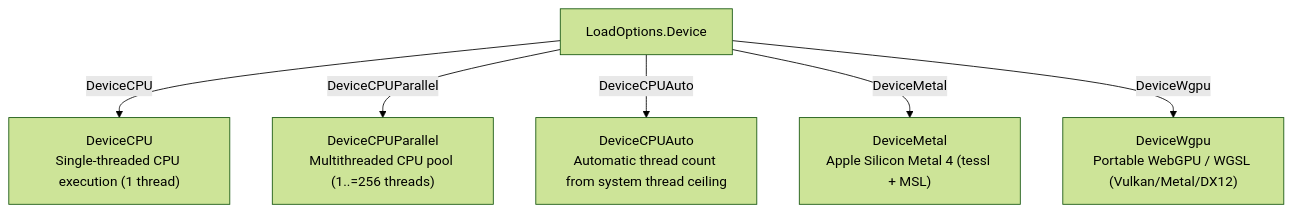
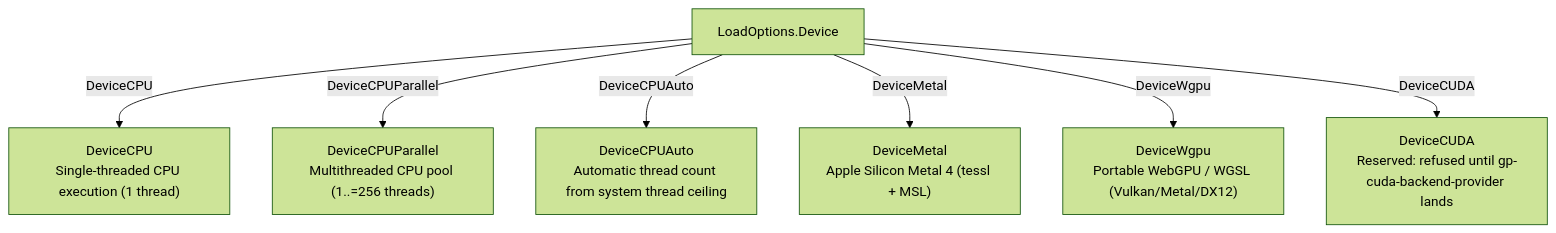
Before and after one commit to bharathvbcr/ojas: the second of 2 diagrams in go/README.md, drawn with Mermaid (forest theme). The commit also changed other lines of this file and 23 other files, not shown here.

First line of the commit message:
feat(cuda): one budget, typed open errors, bounded waits; refuse device 5

````diff
--- a/go/README.md
+++ b/go/README.md
@@ -143,10 +143,11 @@
 ```mermaid
 flowchart TD
     DeviceEnum["LoadOptions.Device"]
 
     DeviceEnum -->|DeviceCPU| D0["DeviceCPU\nSingle-threaded CPU execution (1 thread)"]
     DeviceEnum -->|DeviceCPUParallel| D1["DeviceCPUParallel\nMultithreaded CPU pool (1..=256 threads)"]
     DeviceEnum -->|DeviceCPUAuto| D4["DeviceCPUAuto\nAutomatic thread count from system thread ceiling"]
     DeviceEnum -->|DeviceMetal| D2["DeviceMetal\nApple Silicon Metal 4 (tessl + MSL)"]
     DeviceEnum -->|DeviceWgpu| D3["DeviceWgpu\nPortable WebGPU / WGSL (Vulkan/Metal/DX12)"]
+    DeviceEnum -->|DeviceCUDA| D5["DeviceCUDA\nReserved: refused until gp-cuda-backend-provider lands"]
 ```
````
